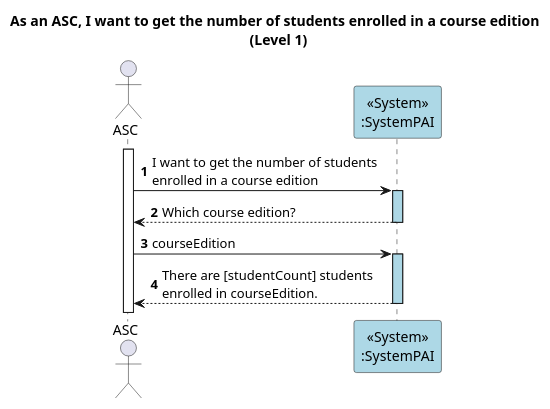
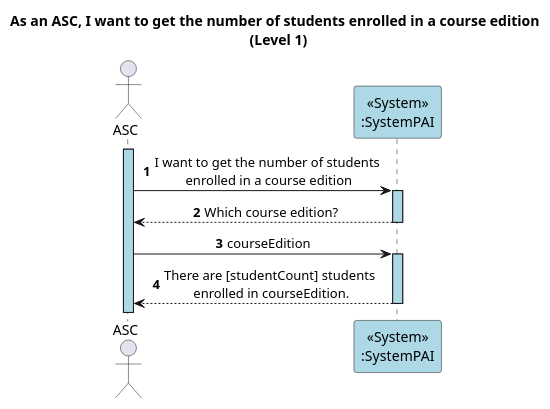
The diagram in docs/US36/ProcessView/Level1.puml (GasparISEP/DevOps-PAI), drawn with PlantUML before and after one commit. The commit also changed 9 other files, not shown here.

Commit message:
Refs #652, #658: Refactored all US36 diagrams visual aspect

```diff
--- a/docs/US36/ProcessView/Level1.puml
+++ b/docs/US36/ProcessView/Level1.puml
@@ -1,14 +1,16 @@
 @startuml
 autonumber
 
 title As an ASC, I want to get the number of students enrolled in a course edition \n (Level 1)
+skinparam sequenceMessageAlign center
+skinparam sequenceLifeLineBackgroundColor #lightblue
 
 actor ASC as Admin
 participant "<<System>>\n:SystemPAI" as System #lightblue
 
 activate Admin
 Admin -> System ++ #lightblue: I want to get the number of students \nenrolled in a course edition
 System --> Admin --: Which course edition?
 Admin -> System ++ #lightblue: courseEdition
 System --> Admin --: There are [studentCount] students \nenrolled in courseEdition.
 @enduml
```
